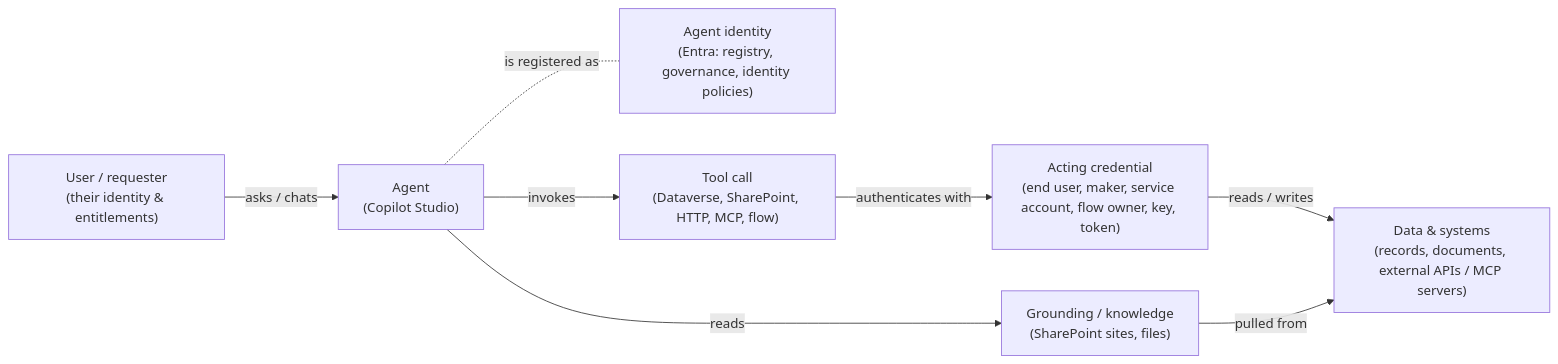
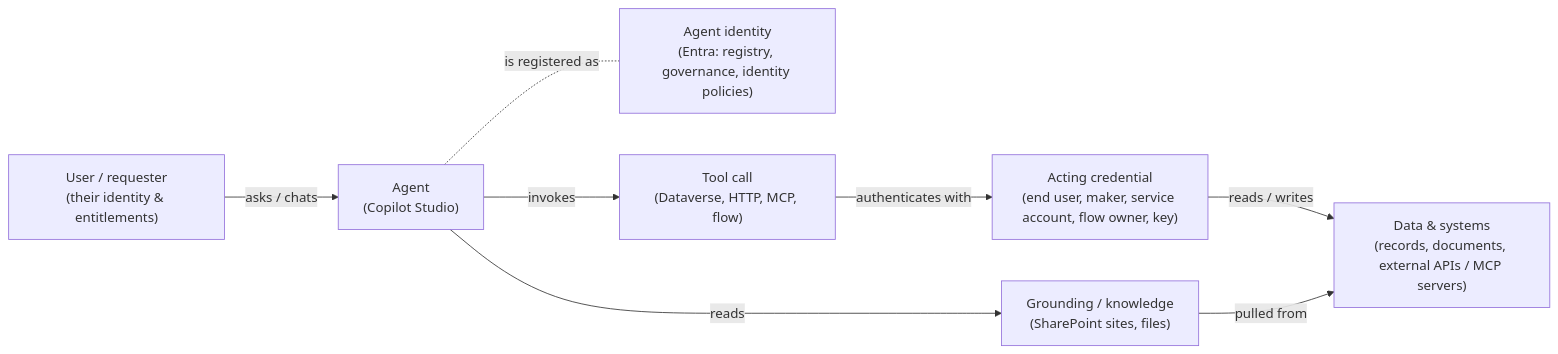
The diagram in docs/01_the_agent_estate/01_02.md (solliancenet/copilot-studio-shadow-agents-workshop), drawn with Mermaid before and after one commit. The commit also changed other lines of this file, not shown here.

Commit message:
01-02: diagram matches the estate, list renders, description promises what the tasks do

````diff
--- a/docs/01_the_agent_estate/01_02.md
+++ b/docs/01_the_agent_estate/01_02.md
@@ -27,18 +27,18 @@
 ```mermaid
 flowchart LR
   U["User / requester<br/>(their identity &amp; entitlements)"]
   A["Agent<br/>(Copilot Studio)"]
   ID["Agent identity<br/>(Entra: registry, governance, identity policies)"]
-  T["Tool call<br/>(Dataverse, SharePoint, HTTP, MCP, flow)"]
-  CR["Acting credential<br/>(end user, maker, service account, flow owner, key, token)"]
+  T["Tool call<br/>(Dataverse, HTTP, MCP, flow)"]
+  CR["Acting credential<br/>(end user, maker, service account, flow owner, key)"]
   G["Grounding / knowledge<br/>(SharePoint sites, files)"]
   D["Data &amp; systems<br/>(records, documents, external APIs / MCP servers)"]
 
   U -->|"asks / chats"| A
   A -. "is registered as" .- ID
   A -->|"invokes"| T
   T -->|"authenticates with"| CR
   CR -->|"reads / writes"| D
   A -->|"reads"| G
   G -->|"pulled from"| D
 ```
````
